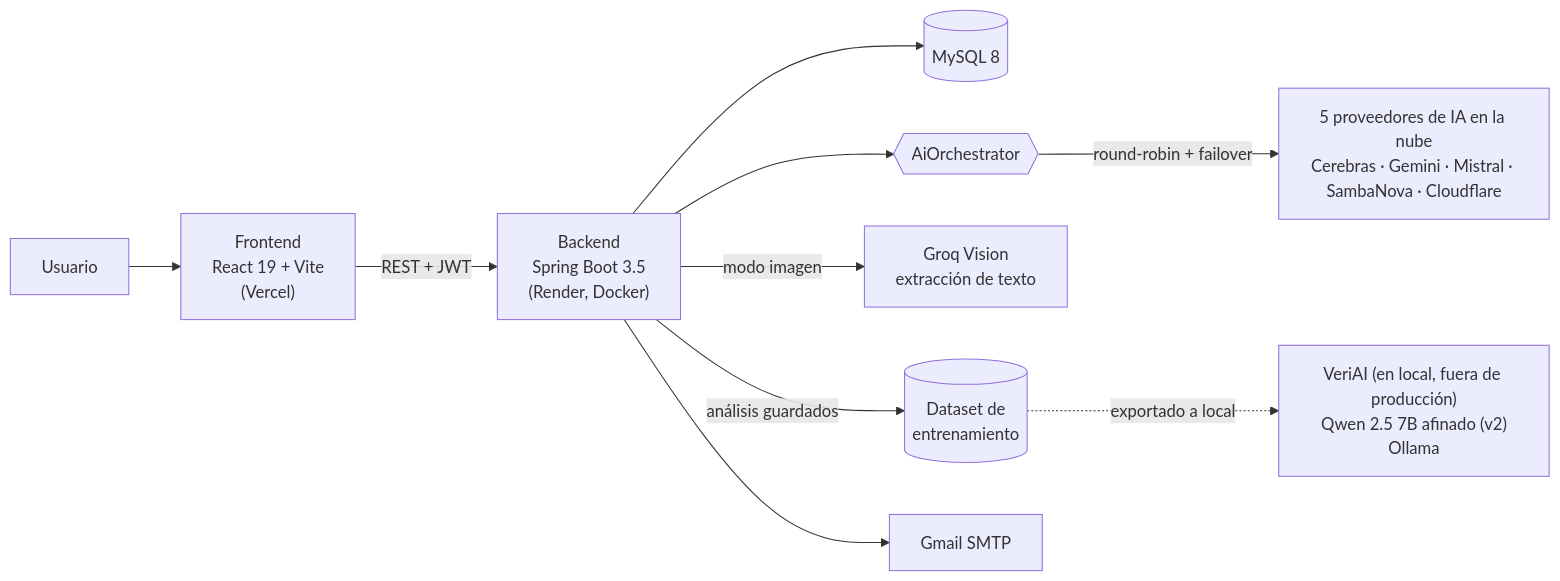
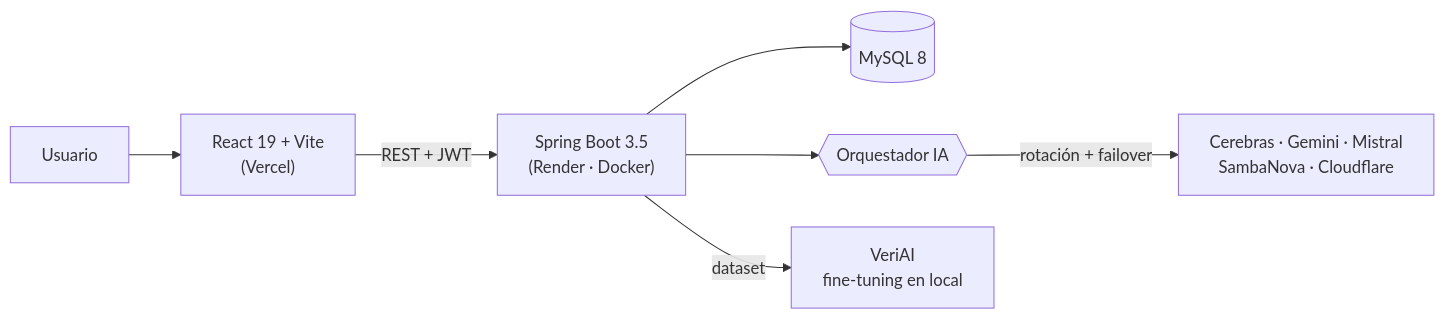
Before and after one commit to raquelccarreraA/ToVeriAI: the diagram in README.md, drawn with Mermaid. The commit also changed other lines of this file, not shown here.

````diff
--- a/README.md
+++ b/README.md
@@ -31,12 +54,9 @@
 ```mermaid
 flowchart LR
-    U[Usuario] --> F["Frontend<br/>React 19 + Vite<br/>(Vercel)"]
-    F -- REST + JWT --> B["Backend<br/>Spring Boot 3.5<br/>(Render, Docker)"]
+    U[Usuario] --> F["React 19 + Vite<br/>(Vercel)"]
+    F -- REST + JWT --> B["Spring Boot 3.5<br/>(Render · Docker)"]
     B --> DB[(MySQL 8)]
-    B --> O{{AiOrchestrator}}
-    O -- round-robin + failover --> C["5 proveedores de IA en la nube<br/>Cerebras · Gemini · Mistral · SambaNova · Cloudflare"]
-    B -- modo imagen --> V["Groq Vision<br/>extracción de texto"]
-    B -- análisis guardados --> D[("Dataset de<br/>entrenamiento")]
-    D -. exportado a local .-> L["VeriAI (en local, fuera de producción)<br/>Qwen 2.5 7B afinado (v2)<br/>Ollama"]
-    B --> M[Gmail SMTP]
+    B --> O{{Orquestador IA}}
+    O -- rotación + failover --> C["Cerebras · Gemini · Mistral<br/>SambaNova · Cloudflare"]
+    B -- dataset --> L["VeriAI<br/>fine-tuning en local"]
 ```
````
